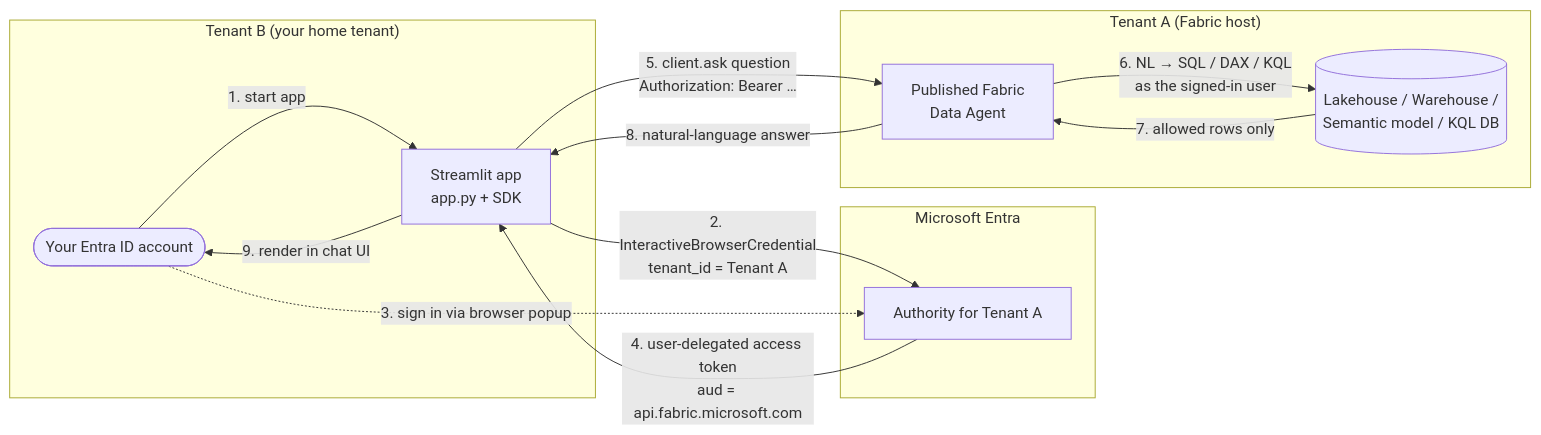
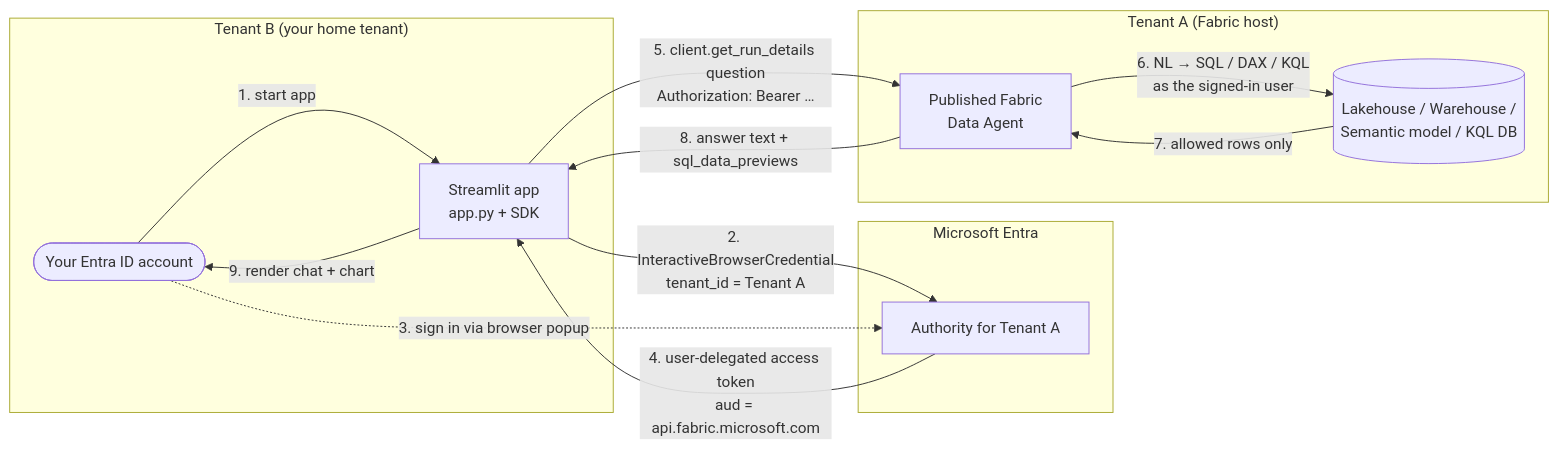
The first of 2 diagrams in demo/README.md (edhotp/MsFabric_MsFoundry_Agent_CrossTenant), drawn with Mermaid before and after one commit. The commit also changed other lines of this file and 4 other files, not shown here.

First line of the commit message:
Add client-side chart rendering from Fabric Data Agent responses

````diff
--- a/demo/README.md
+++ b/demo/README.md
@@ -16,23 +16,23 @@
 ```mermaid
 flowchart LR
     subgraph TenantB["Tenant B (your home tenant)"]
         U([Your Entra ID account])
         APP[Streamlit app<br/>app.py + SDK]
     end
     subgraph Entra["Microsoft Entra"]
         EA[Authority for Tenant A]
     end
     subgraph TenantA["Tenant A (Fabric host)"]
         FDA[Published Fabric<br/>Data Agent]
         DS[(Lakehouse / Warehouse /<br/>Semantic model / KQL DB)]
     end
     U -->|1. start app| APP
     APP -->|2. InteractiveBrowserCredential<br/>tenant_id = Tenant A| EA
     U -.->|3. sign in via browser popup| EA
     EA -->|4. user-delegated access token<br/>aud = api.fabric.microsoft.com| APP
-    APP -->|5. client.ask question<br/>Authorization: Bearer …| FDA
+    APP -->|5. client.get_run_details question<br/>Authorization: Bearer …| FDA
     FDA -->|6. NL → SQL / DAX / KQL<br/>as the signed-in user| DS
     DS -->|7. allowed rows only| FDA
-    FDA -->|8. natural-language answer| APP
-    APP -->|9. render in chat UI| U
+    FDA -->|8. answer text + sql_data_previews| APP
+    APP -->|9. render chat + chart| U
 ```
````
